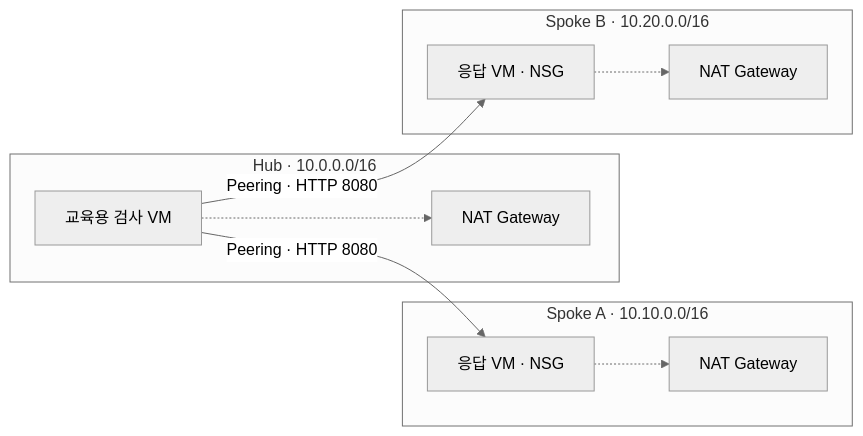
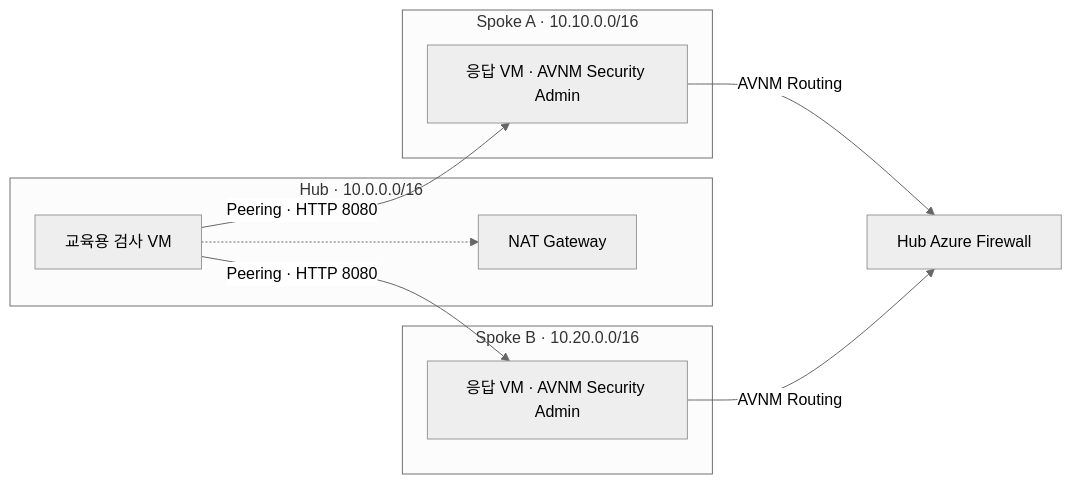
Before and after one commit to freeman9844/ms-landing-zone-02: the first of 2 diagrams in README.md, drawn with Mermaid (neutral theme). The commit also changed other lines of this file and 23 other files, not shown here.

First line of the commit message:
Redesign workshop around AVNM routing and security admin

````diff
--- a/README.md
+++ b/README.md
@@ -43,20 +45,19 @@
 ```mermaid
 flowchart LR
   subgraph H["Hub · 10.0.0.0/16"]
     HV["교육용 검사 VM"]
     HN["NAT Gateway"]
     HV -.-> HN
   end
   subgraph A["Spoke A · 10.10.0.0/16"]
-    AV["응답 VM · NSG"]
-    AN["NAT Gateway"]
-    AV -.-> AN
+    AV["응답 VM · AVNM Security Admin"]
   end
   subgraph B["Spoke B · 10.20.0.0/16"]
-    BV["응답 VM · NSG"]
-    BN["NAT Gateway"]
-    BV -.-> BN
+    BV["응답 VM · AVNM Security Admin"]
   end
+  F["Hub Azure Firewall"]
   HV -->|"Peering · HTTP 8080"| AV
   HV -->|"Peering · HTTP 8080"| BV
+  AV -->|"AVNM Routing"| F
+  BV -->|"AVNM Routing"| F
 ```
````
